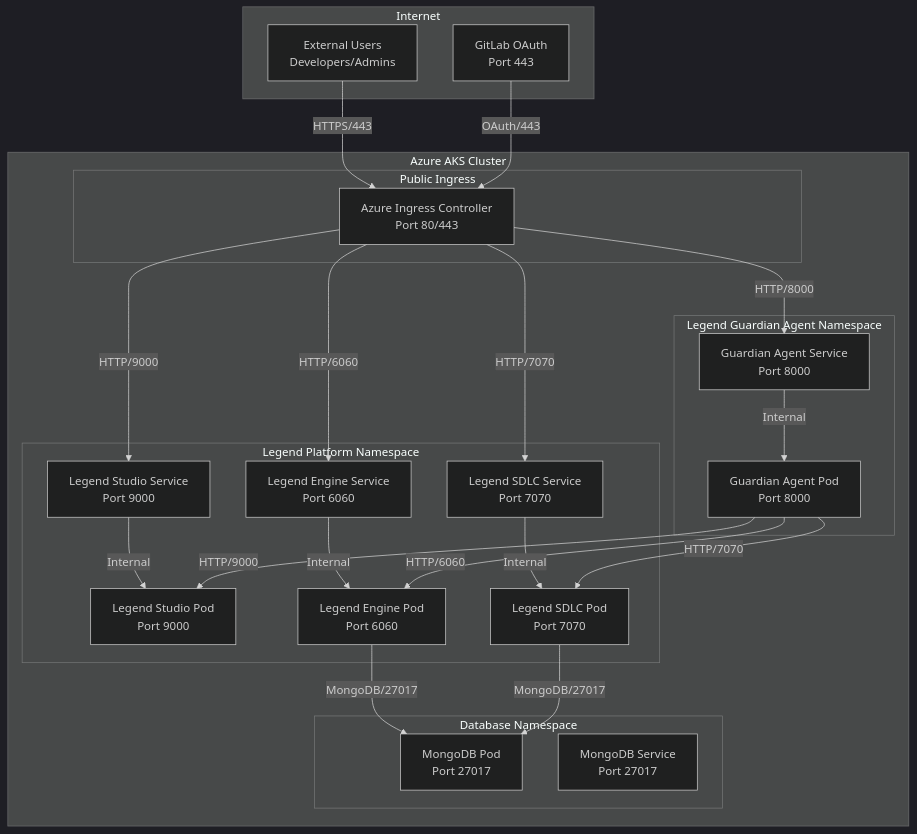
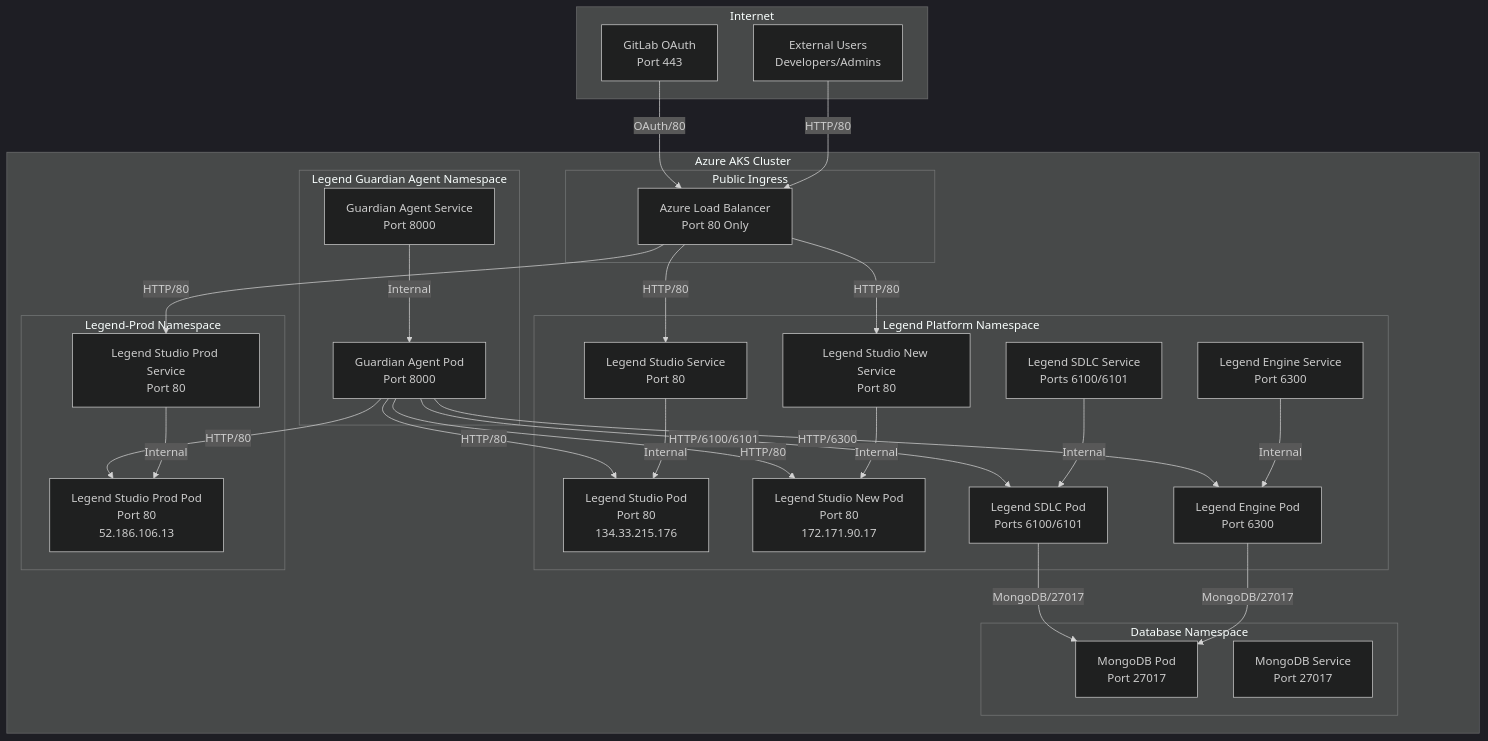
One commit to atheryon-ai/legend-guardian-workspace changed the third of 6 diagrams in docs/architecture.md. Above: the diagram before and after it, drawn with Mermaid (dark theme). The commit also changed other lines of this file and 103 other files, not shown here.

````diff
--- a/docs/architecture.md
+++ b/docs/architecture.md
@@ -143,59 +406,72 @@
 ```mermaid
 graph TB
     subgraph "Internet"
         USERS[External Users<br/>Developers/Admins]
         GITLAB[GitLab OAuth<br/>Port 443]
     end
-    
+  
     subgraph "Azure AKS Cluster"
         subgraph "Public Ingress"
-            INGRESS[Azure Ingress Controller<br/>Port 80/443]
+            INGRESS[Azure Load Balancer<br/>Port 80 Only]
         end
-        
+      
         subgraph "Legend Guardian Agent Namespace"
             GUARDIAN_POD[Guardian Agent Pod<br/>Port 8000]
             GUARDIAN_SVC[Guardian Agent Service<br/>Port 8000]
         end
-        
+      
         subgraph "Legend Platform Namespace"
-            STUDIO_POD[Legend Studio Pod<br/>Port 9000]
-            STUDIO_SVC[Legend Studio Service<br/>Port 9000]
-            
-            ENGINE_POD[Legend Engine Pod<br/>Port 6060]
-            ENGINE_SVC[Legend Engine Service<br/>Port 6060]
-            
-            SDLC_POD[Legend SDLC Pod<br/>Port 7070]
-            SDLC_SVC[Legend SDLC Service<br/>Port 7070]
+            STUDIO_POD[Legend Studio Pod<br/>Port 80<br/>134.33.215.176]
+            STUDIO_SVC[Legend Studio Service<br/>Port 80]
+          
+            STUDIO_NEW_POD[Legend Studio New Pod<br/>Port 80<br/>172.171.90.17]
+            STUDIO_NEW_SVC[Legend Studio New Service<br/>Port 80]
+          
+            ENGINE_POD[Legend Engine Pod<br/>Port 6300]
+            ENGINE_SVC[Legend Engine Service<br/>Port 6300]
+          
+            SDLC_POD[Legend SDLC Pod<br/>Ports 6100/6101]
+            SDLC_SVC[Legend SDLC Service<br/>Ports 6100/6101]
         end
-        
+      
+        subgraph "Legend-Prod Namespace"
+            STUDIO_PROD_POD[Legend Studio Prod Pod<br/>Port 80<br/>52.186.106.13]
+            STUDIO_PROD_SVC[Legend Studio Prod Service<br/>Port 80]
+        end
+      
         subgraph "Database Namespace"
             MONGO_POD[MongoDB Pod<br/>Port 27017]
             MONGO_SVC[MongoDB Service<br/>Port 27017]
         end
     end
-    
+  
     %% External connections
-    USERS -->|HTTPS/443| INGRESS
-    GITLAB -->|OAuth/443| INGRESS
-    
-    %% Ingress routing
-    INGRESS -->|HTTP/8000| GUARDIAN_SVC
-    INGRESS -->|HTTP/9000| STUDIO_SVC
-    INGRESS -->|HTTP/6060| ENGINE_SVC
-    INGRESS -->|HTTP/7070| SDLC_SVC
-    
+    USERS -->|HTTP/80| INGRESS
+    GITLAB -->|OAuth/80| INGRESS
+  
+    %% Load Balancer routing
+    INGRESS -->|HTTP/80| STUDIO_SVC
+    INGRESS -->|HTTP/80| STUDIO_NEW_SVC
+    INGRESS -->|HTTP/80| STUDIO_PROD_SVC
+    %% Note: Guardian Agent not yet deployed
+    %% Note: Engine and SDLC are internal only
+  
     %% Service to Pod routing
     GUARDIAN_SVC -->|Internal| GUARDIAN_POD
     STUDIO_SVC -->|Internal| STUDIO_POD
+    STUDIO_NEW_SVC -->|Internal| STUDIO_NEW_POD
+    STUDIO_PROD_SVC -->|Internal| STUDIO_PROD_POD
     ENGINE_SVC -->|Internal| ENGINE_POD
     SDLC_SVC -->|Internal| SDLC_POD
-    
+  
     %% Internal service communication
-    GUARDIAN_POD -->|HTTP/6060| ENGINE_POD
-    GUARDIAN_POD -->|HTTP/7070| SDLC_POD
-    GUARDIAN_POD -->|HTTP/9000| STUDIO_POD
-    
+    GUARDIAN_POD -->|HTTP/6300| ENGINE_POD
+    GUARDIAN_POD -->|HTTP/6100/6101| SDLC_POD
+    GUARDIAN_POD -->|HTTP/80| STUDIO_POD
+    GUARDIAN_POD -->|HTTP/80| STUDIO_NEW_POD
+    GUARDIAN_POD -->|HTTP/80| STUDIO_PROD_POD
+  
     %% Database connections
     ENGINE_POD -->|MongoDB/27017| MONGO_POD
     SDLC_POD -->|MongoDB/27017| MONGO_POD
 ```
````
